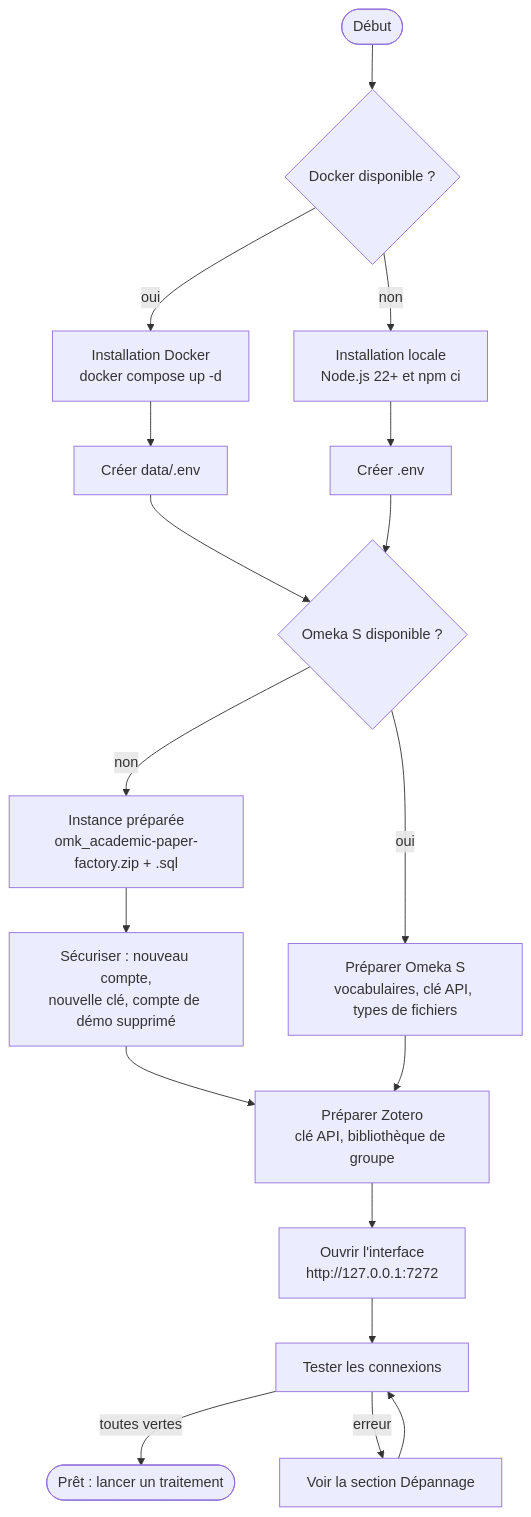
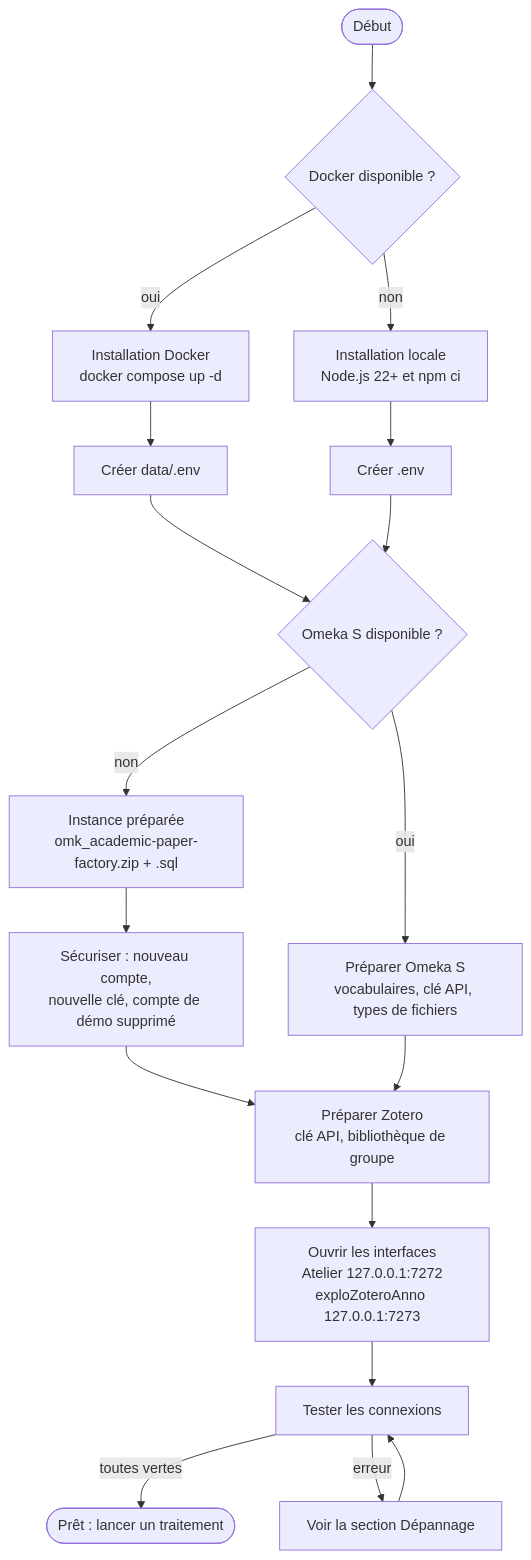
One commit to samszo/ecosysteme-agents-recherche changed the first of 5 diagrams in docs/installation.md. Above: the diagram before and after it, drawn with Mermaid. The commit also changed other lines of this file and 10 other files, not shown here.

````diff
--- a/docs/installation.md
+++ b/docs/installation.md
@@ -5,20 +5,20 @@
 ```mermaid
 flowchart TD
     A([Début]) --> B{Docker disponible ?}
     B -- oui --> C[Installation Docker<br/>docker compose up -d]
     B -- non --> D[Installation locale<br/>Node.js 22+ et npm ci]
     C --> E[Créer data/.env]
     D --> F[Créer .env]
     E --> O{Omeka S disponible ?}
     F --> O
     O -- oui --> G[Préparer Omeka S<br/>vocabulaires, clé API, types de fichiers]
     O -- non --> P[Instance préparée<br/>omk_academic-paper-factory.zip + .sql]
     P --> S[Sécuriser : nouveau compte,<br/>nouvelle clé, compte de démo supprimé]
     S --> H
     G --> H[Préparer Zotero<br/>clé API, bibliothèque de groupe]
-    H --> I[Ouvrir l'interface<br/>http://127.0.0.1:7272]
+    H --> I[Ouvrir les interfaces<br/>Atelier 127.0.0.1:7272<br/>exploZoteroAnno 127.0.0.1:7273]
     I --> J[Tester les connexions]
     J -- toutes vertes --> K([Prêt : lancer un traitement])
     J -- erreur --> L[Voir la section Dépannage]
     L --> J
 ```
````
